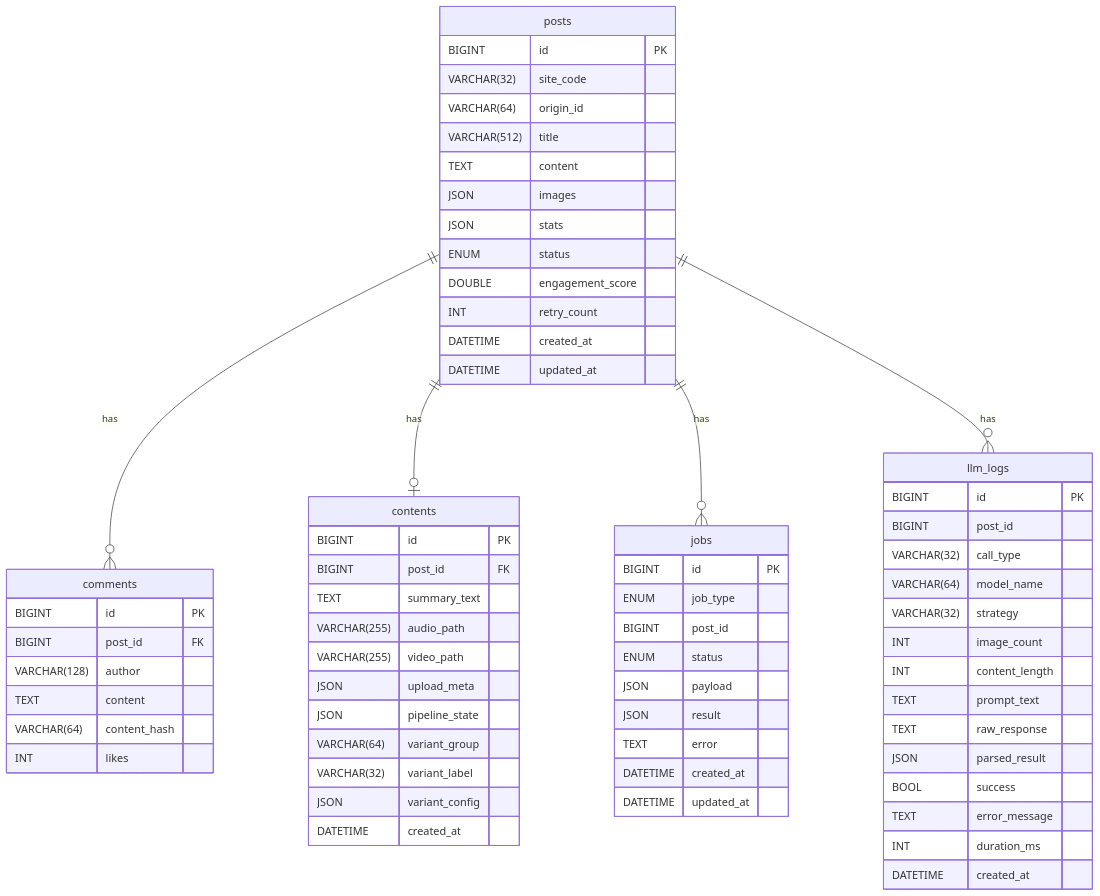
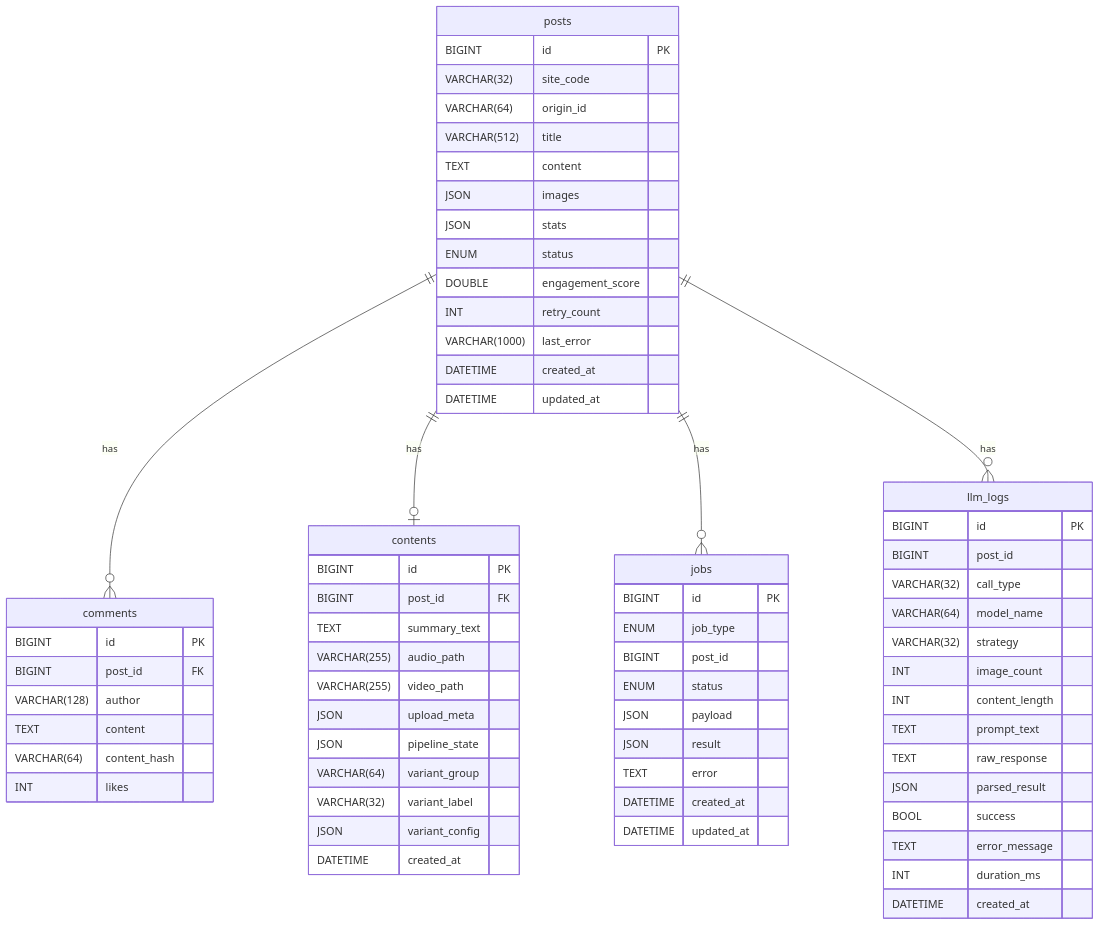
The diagram in docs/database.md (Justant-source/WaggleBot), drawn with Mermaid before and after one commit. The commit also changed other lines of this file and 6 other files, not shown here.

````diff
--- a/docs/database.md
+++ b/docs/database.md
@@ -7,74 +7,75 @@
 ```mermaid
 erDiagram
     posts {
         BIGINT id PK
         VARCHAR(32) site_code
         VARCHAR(64) origin_id
         VARCHAR(512) title
         TEXT content
         JSON images
         JSON stats
         ENUM status
         DOUBLE engagement_score
         INT retry_count
+        VARCHAR(1000) last_error
         DATETIME created_at
         DATETIME updated_at
     }
 
     comments {
         BIGINT id PK
         BIGINT post_id FK
         VARCHAR(128) author
         TEXT content
         VARCHAR(64) content_hash
         INT likes
     }
 
     contents {
         BIGINT id PK
         BIGINT post_id FK
         TEXT summary_text
         VARCHAR(255) audio_path
         VARCHAR(255) video_path
         JSON upload_meta
         JSON pipeline_state
         VARCHAR(64) variant_group
         VARCHAR(32) variant_label
         JSON variant_config
         DATETIME created_at
     }
 
     jobs {
         BIGINT id PK
         ENUM job_type
         BIGINT post_id
         ENUM status
         JSON payload
         JSON result
         TEXT error
         DATETIME created_at
         DATETIME updated_at
     }
 
     llm_logs {
         BIGINT id PK
         BIGINT post_id
         VARCHAR(32) call_type
         VARCHAR(64) model_name
         VARCHAR(32) strategy
         INT image_count
         INT content_length
         TEXT prompt_text
         TEXT raw_response
         JSON parsed_result
         BOOL success
         TEXT error_message
         INT duration_ms
         DATETIME created_at
     }
 
     posts ||--o{ comments : "has"
     posts ||--o| contents : "has"
     posts ||--o{ jobs : "has"
     posts ||--o{ llm_logs : "has"
 ```
````
